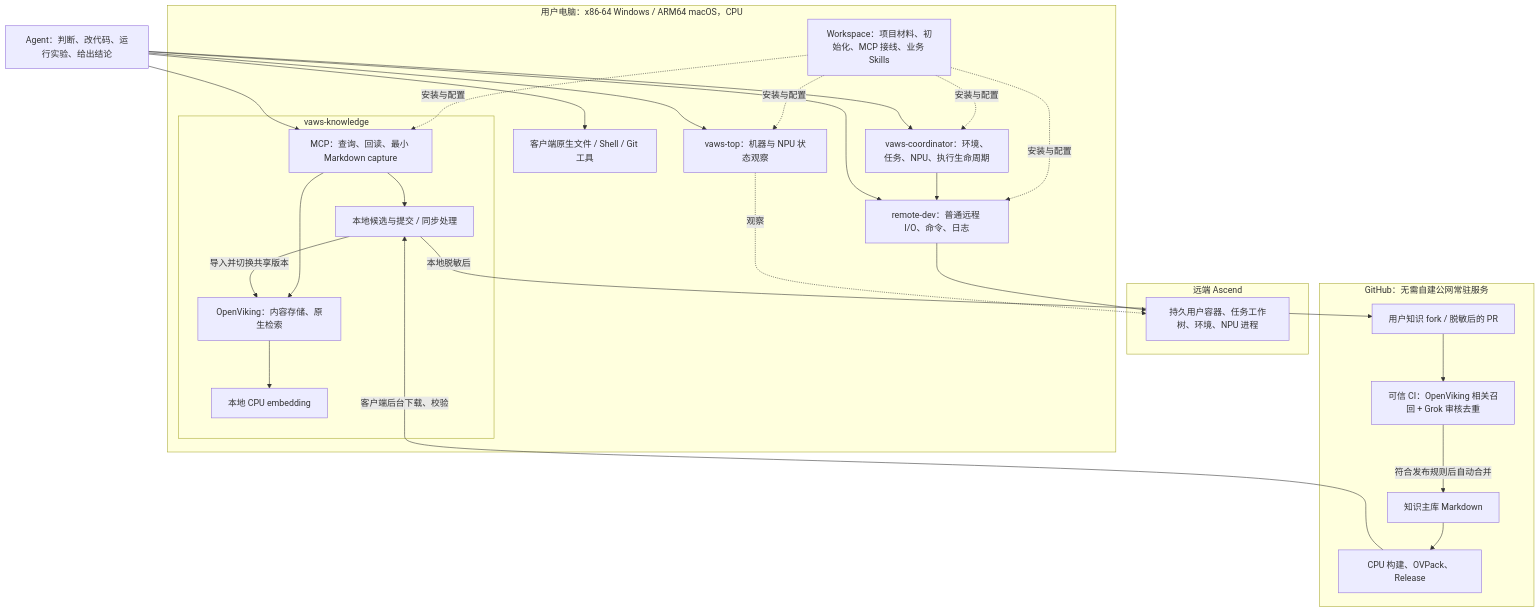
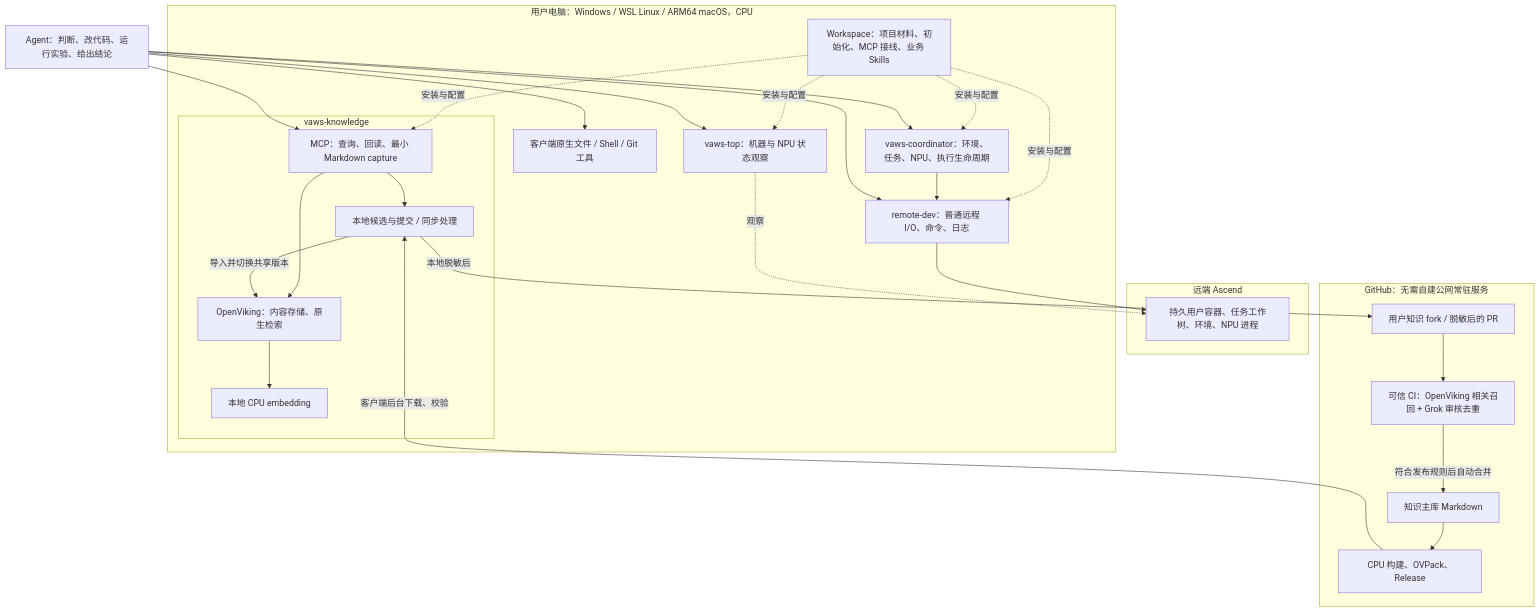
One commit to maoxx241/vllm-ascend-workspace changed the first of 2 diagrams in docs/agent-first-openviking-spec.md. Above: the diagram before and after it, drawn with Mermaid. The commit also changed other lines of this file and 259 other files, not shown here.

````diff
--- a/docs/agent-first-openviking-spec.md
+++ b/docs/agent-first-openviking-spec.md
@@ -31,45 +31,45 @@
 ```mermaid
 flowchart TB
     A["Agent：判断、改代码、运行实验、给出结论"]
-    subgraph Local["用户电脑：x86-64 Windows / ARM64 macOS，CPU"]
+    subgraph Local["用户电脑：Windows / WSL Linux / ARM64 macOS，CPU"]
         W["Workspace：项目材料、初始化、MCP 接线、业务 Skills"]
         Native["客户端原生文件 / Shell / Git 工具"]
         R["remote-dev：普通远程 I/O、命令、日志"]
         C["vaws-coordinator：环境、任务、NPU、执行生命周期"]
         T["vaws-top：机器与 NPU 状态观察"]
         subgraph Knowledge["vaws-knowledge"]
             K["MCP：查询、回读、最小 Markdown capture"]
             OV["OpenViking：内容存储、原生检索"]
             E["本地 CPU embedding"]
             Draft["本地候选与提交 / 同步处理"]
             K --> OV --> E
             K --> Draft
         end
         W -.安装与配置.-> R
         W -.安装与配置.-> C
         W -.安装与配置.-> T
         W -.安装与配置.-> K
         C --> R
     end
     A --> Native
     A --> R
     A --> C
     A --> T
     A --> K
     subgraph NPU["远端 Ascend"]
         Env["持久用户容器、任务工作树、环境、NPU 进程"]
     end
     R --> Env
     T -.观察.-> Env
     subgraph GitHub["GitHub：无需自建公网常驻服务"]
         Fork["用户知识 fork / 脱敏后的 PR"]
         Review["可信 CI：OpenViking 相关召回 + Grok 审核去重"]
         Main["知识主库 Markdown"]
         Release["CPU 构建、OVPack、Release"]
         Fork --> Review -->|符合发布规则后自动合并| Main
         Main --> Release
     end
     Draft -->|本地脱敏后| Fork
     Release -->|客户端后台下载、校验| Draft
     Draft -->|导入并切换共享版本| OV
 ```
````
